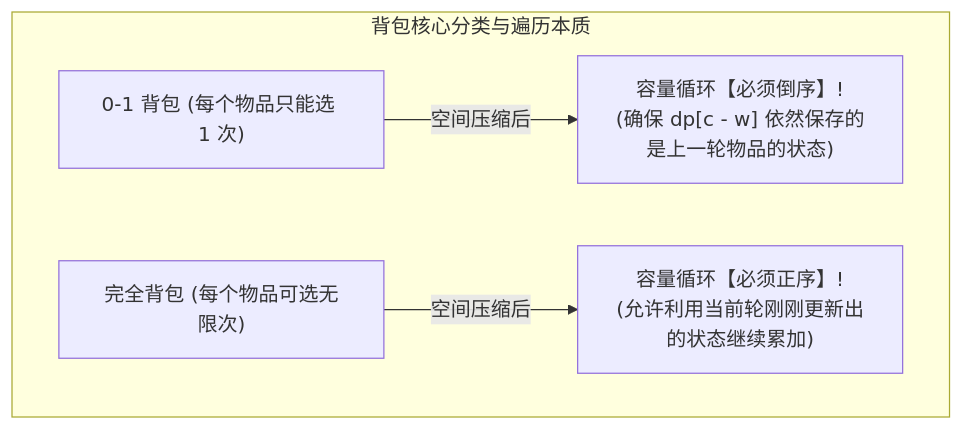
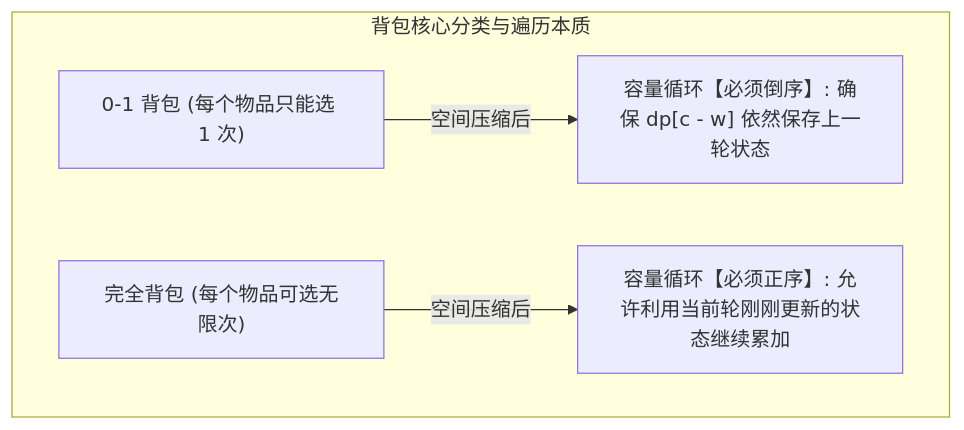
Before and after one commit to GuoWWWX/knowledge-base: the first of 2 diagrams in 30-算法与数据结构/02-算法思想/10-背包问题.md, drawn with Mermaid. The commit also changed other lines of this file and 251 other files, not shown here.

````diff
--- a/30-算法与数据结构/02-算法思想/10-背包问题.md
+++ b/30-算法与数据结构/02-算法思想/10-背包问题.md
@@ -23,7 +23,7 @@
 ```mermaid
 flowchart TD
     subgraph KnapsackFamily["背包核心分类与遍历本质"]
-        ZeroOne["0-1 背包 (每个物品只能选 1 次)"] -->|"空间压缩后"| ReverseLoop["容量循环【必须倒序】!<br/>(确保 dp[c - w] 依然保存的是上一轮物品的状态)"]
-        Complete["完全背包 (每个物品可选无限次)"] -->|"空间压缩后"| ForwardLoop["容量循环【必须正序】!<br/>(允许利用当前轮刚刚更新出的状态继续累加)"]
+        ZeroOne["0-1 背包 (每个物品只能选 1 次)"] -->|"空间压缩后"| ReverseLoop["容量循环【必须倒序】: 确保 dp[c - w] 依然保存上一轮状态"]
+        Complete["完全背包 (每个物品可选无限次)"] -->|"空间压缩后"| ForwardLoop["容量循环【必须正序】: 允许利用当前轮刚刚更新的状态继续累加"]
     end
 ```
````
